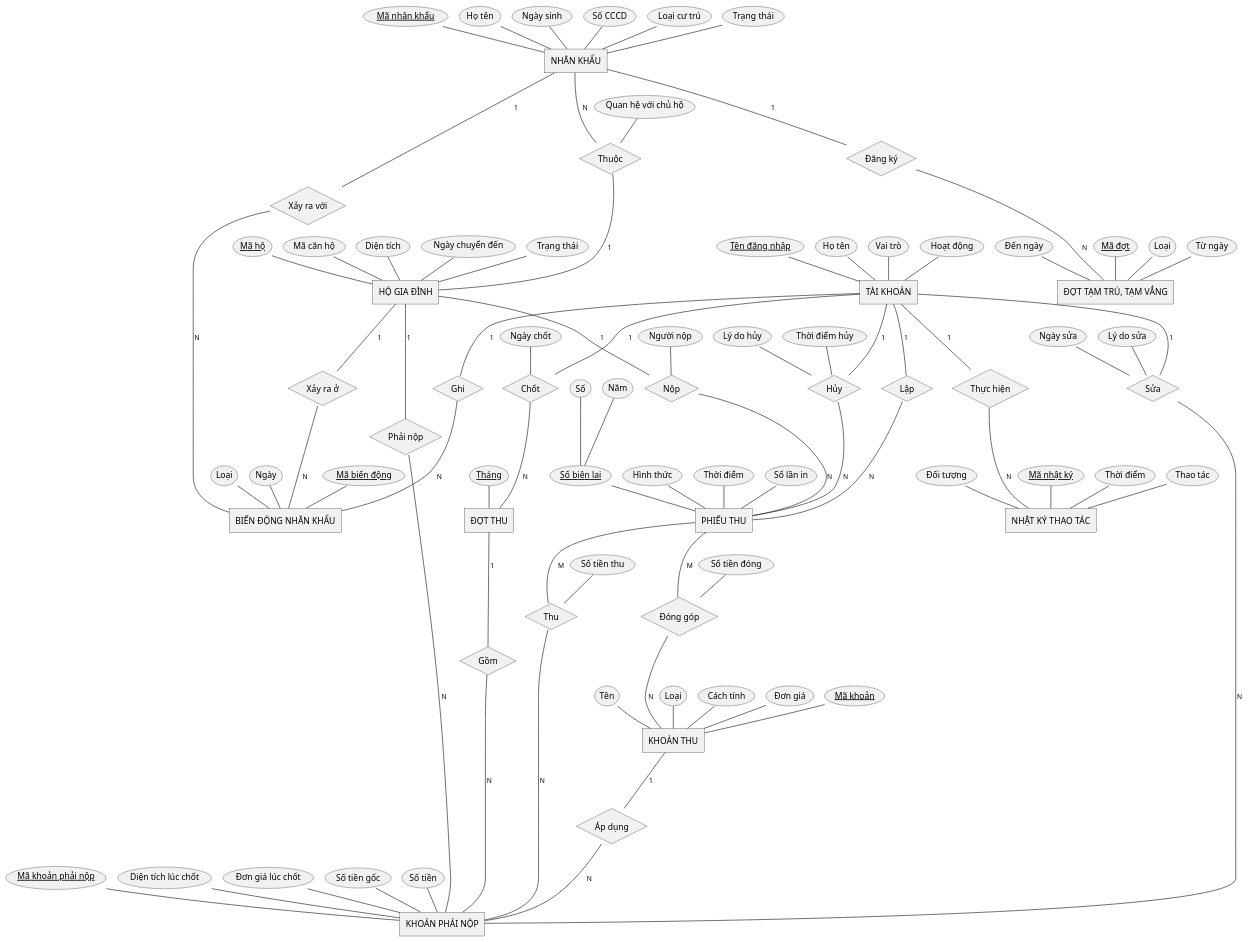
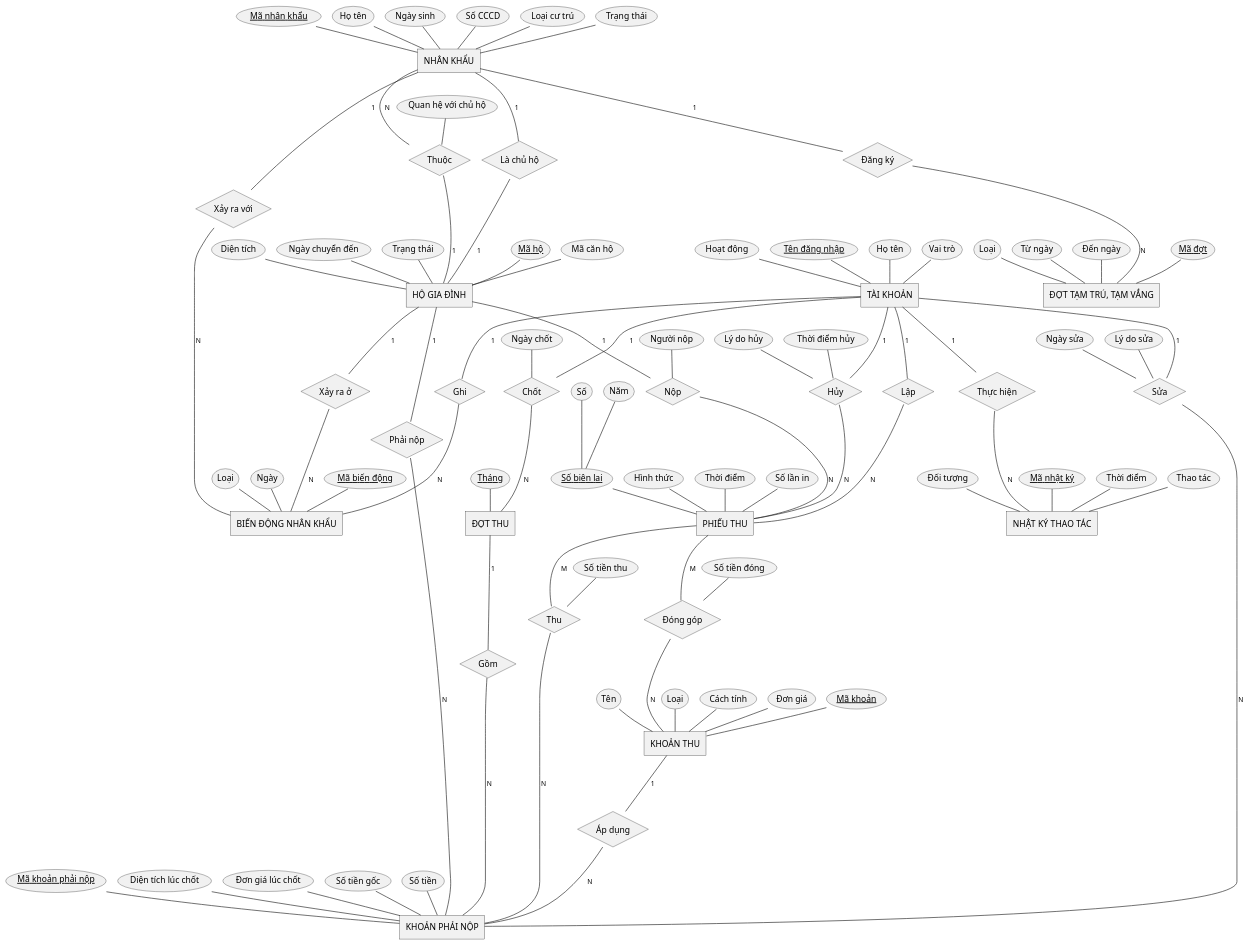
One commit to khanhdoan4106/IT3180-NMCNPM-GR16-20261 changed the diagram in docs/design/so-do/erd-khai-niem.puml. Above: the diagram before and after it, drawn with PlantUML. The commit also changed 4 other files, not shown here.

```diff
--- a/docs/design/so-do/erd-khai-niem.puml
+++ b/docs/design/so-do/erd-khai-niem.puml
@@ -1,164 +1,168 @@
 @startchen
 ' ERD khái niệm (ký hiệu Chen) BlueMoon v1.0. Thực thể: hình chữ nhật;
 ' quan hệ: hình thoi; thuộc tính khóa gạch chân. Sơ đồ chỉ vẽ thuộc tính
 ' khóa, thuộc tính chính và mọi thuộc tính của quan hệ; đủ thuộc tính ở
 ' README.md, mục ERD khái niệm. Không vẽ giá trị tính được (tổng tiền phiếu, công nợ).
 !pragma layout smetana
 skinparam defaultFontName "Arial"
 
 entity "TÀI KHOẢN" as TK {
   Tên đăng nhập <<key>>
   Họ tên
   Vai trò
   Hoạt động
 }
 
 entity "HỘ GIA ĐÌNH" as HO {
   Mã hộ <<key>>
   Mã căn hộ
   Diện tích
   Ngày chuyển đến
   Trạng thái
 }
 
 entity "NHÂN KHẨU" as NK {
   Mã nhân khẩu <<key>>
   Họ tên
   Ngày sinh
   Số CCCD
   Loại cư trú
   Trạng thái
 }
 
 entity "ĐỢT TẠM TRÚ, TẠM VẮNG" as DOT {
   Mã đợt <<key>>
   Loại
   Từ ngày
   Đến ngày
 }
 
 entity "BIẾN ĐỘNG NHÂN KHẨU" as BD {
   Mã biến động <<key>>
   Loại
   Ngày
 }
 
 entity "KHOẢN THU" as KT {
   Mã khoản <<key>>
   Tên
   Loại
   Cách tính
   Đơn giá
 }
 
 entity "ĐỢT THU" as DT {
   Tháng <<key>>
 }
 
 entity "KHOẢN PHẢI NỘP" as KPN {
   Mã khoản phải nộp <<key>>
   Diện tích lúc chốt
   Đơn giá lúc chốt
   Số tiền gốc
   Số tiền
 }
 
 entity "PHIẾU THU" as PT {
   Số biên lai <<key>> {
     Năm
     Số
   }
   Hình thức
   Thời điểm
   Số lần in
 }
 
 entity "NHẬT KÝ THAO TÁC" as NKY {
   Mã nhật ký <<key>>
   Thời điểm
   Thao tác
   Đối tượng
 }
 
 relationship "Thuộc" as THUOC {
   Quan hệ với chủ hộ
 }
+relationship "Là chủ hộ" as LACHUHO {
+}
 relationship "Đăng ký" as DANGKY {
 }
 relationship "Xảy ra với" as XAYRAVOI {
 }
 relationship "Xảy ra ở" as XAYRAO {
 }
 relationship "Ghi" as GHI {
 }
 relationship "Chốt" as CHOT {
   Ngày chốt
 }
 relationship "Gồm" as GOM {
 }
 relationship "Phải nộp" as PHAINOP {
 }
 relationship "Áp dụng" as APDUNG {
 }
 relationship "Sửa" as SUA {
   Ngày sửa
   Lý do sửa
 }
 relationship "Nộp" as NOP {
   Người nộp
 }
 relationship "Lập" as LAP {
 }
 relationship "Hủy" as HUY {
   Thời điểm hủy
   Lý do hủy
 }
 relationship "Thu" as THU {
   Số tiền thu
 }
 relationship "Đóng góp" as DONGGOP {
   Số tiền đóng
 }
 relationship "Thực hiện" as THUCHIEN {
 }
 
 ' Cư trú
 NK -N- THUOC
 THUOC -1- HO
+NK -1- LACHUHO
+LACHUHO -1- HO
 NK -1- DANGKY
 DANGKY -N- DOT
 NK -1- XAYRAVOI
 XAYRAVOI -N- BD
 HO -1- XAYRAO
 XAYRAO -N- BD
 TK -1- GHI
 GHI -N- BD
 
 ' Công nợ
 TK -1- CHOT
 CHOT -N- DT
 DT -1- GOM
 GOM -N- KPN
 HO -1- PHAINOP
 PHAINOP -N- KPN
 KT -1- APDUNG
 APDUNG -N- KPN
 TK -1- SUA
 SUA -N- KPN
 
 ' Thu phí
 HO -1- NOP
 NOP -N- PT
 TK -1- LAP
 LAP -N- PT
 TK -1- HUY
 HUY -N- PT
 PT -M- THU
 THU -N- KPN
 PT -M- DONGGOP
 DONGGOP -N- KT
 
 ' Nhật ký
 TK -1- THUCHIEN
 THUCHIEN -N- NKY
 @endchen
```
